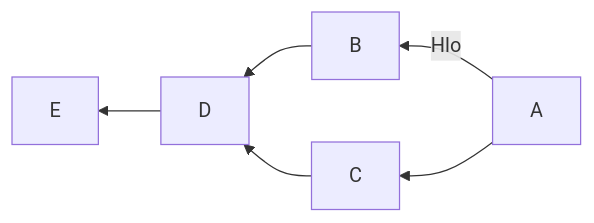
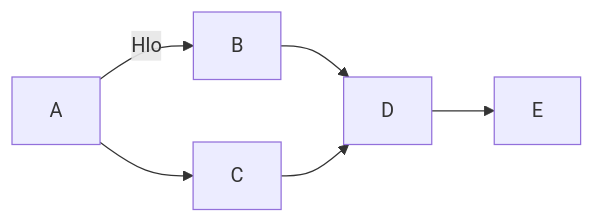
The first of 2 diagrams in README.md (singhanmolpreet/mermaid), drawn with Mermaid before and after one commit.

````diff
--- a/README.md
+++ b/README.md
@@ -3,8 +3,8 @@
 ``` mermaid
-flowchart RL
+flowchart LR
     A-- Hlo -->B
     A-->C
     B-->D
     C-->D
     D-->E 
 ```
````
